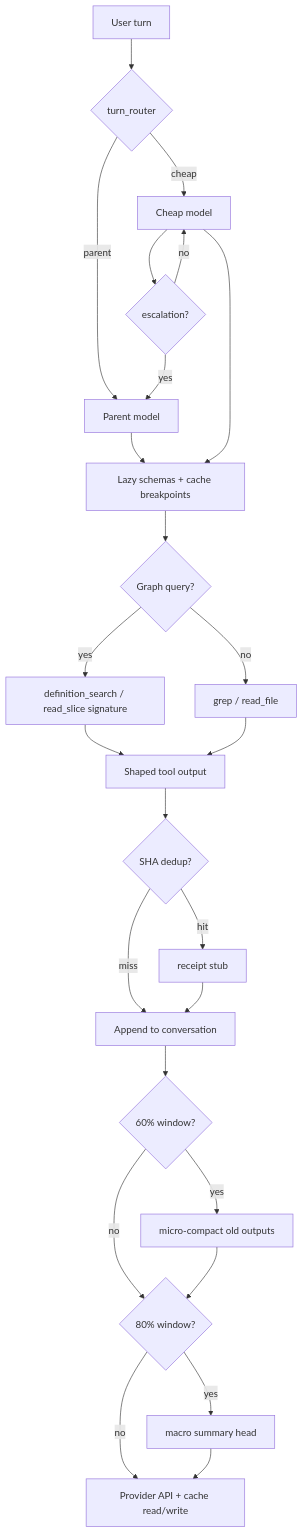
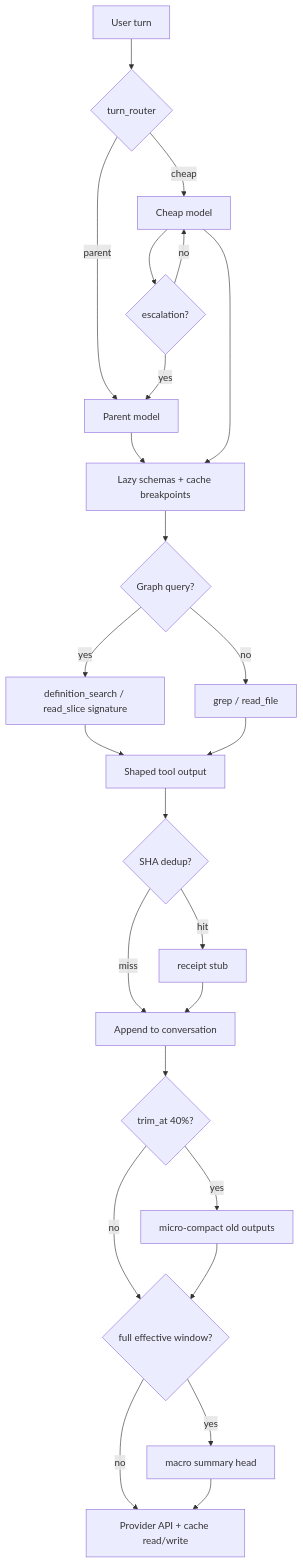
One commit to moveonly/squeezy changed the diagram in docs/internal/cost-saving/00-unique-cost-features.md. Above: the diagram before and after it, drawn with Mermaid. The commit also changed other lines of this file and 29 other files, not shown here.

````diff
--- a/docs/internal/cost-saving/00-unique-cost-features.md
+++ b/docs/internal/cost-saving/00-unique-cost-features.md
@@ -408,27 +410,27 @@
 ```mermaid
 flowchart TD
   U[User turn] --> R{turn_router}
   R -->|cheap| CM[Cheap model]
   R -->|parent| PM[Parent model]
   CM --> E{escalation?}
   E -->|yes| PM
   E -->|no| CM
   PM --> LA[Lazy schemas + cache breakpoints]
   CM --> LA
   LA --> G{Graph query?}
   G -->|yes| GT[definition_search / read_slice signature]
   G -->|no| FB[grep / read_file]
   GT --> TO[Shaped tool output]
   FB --> TO
   TO --> DEDUP{SHA dedup?}
   DEDUP -->|hit| STUB[receipt stub]
   DEDUP -->|miss| CONV[Append to conversation]
   STUB --> CONV
-  CONV --> MC{60% window?}
+  CONV --> MC{trim_at 40%?}
   MC -->|yes| MICRO[micro-compact old outputs]
-  MC -->|no| MACRO{80% window?}
+  MC -->|no| MACRO{full effective window?}
   MICRO --> MACRO
   MACRO -->|yes| COMPACT[macro summary head]
   MACRO -->|no| API[Provider API + cache read/write]
   COMPACT --> API
 ```
````
